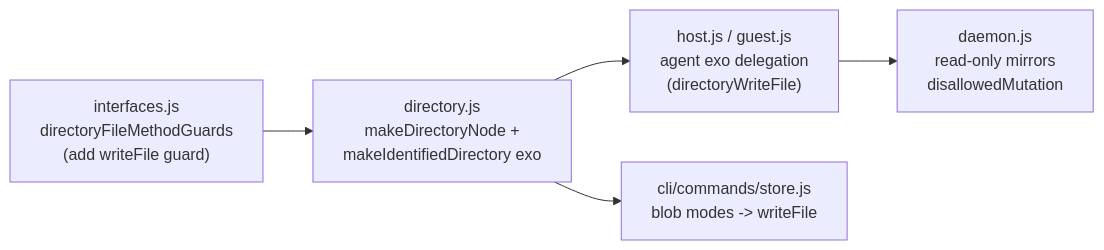
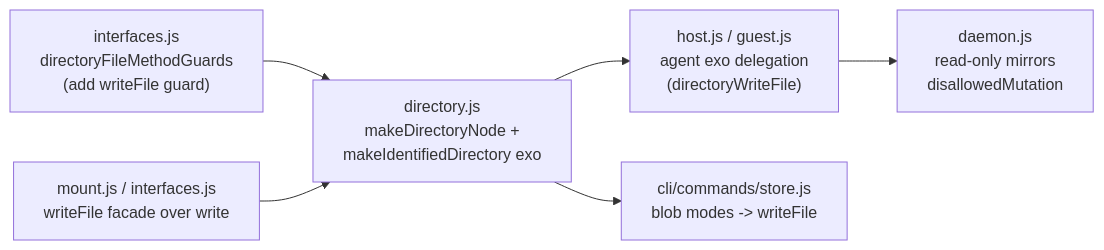
Before and after one commit to endojs/endo: the diagram in designs/store-write-file.md, drawn with Mermaid. The commit also changed other lines of this file, not shown here.

Commit message:
design: make store writeFile tail dispatch uniform

````diff
--- a/designs/store-write-file.md
+++ b/designs/store-write-file.md
@@ -139,10 +158,12 @@
 ```mermaid
 flowchart LR
   guard["interfaces.js<br/>directoryFileMethodGuards<br/>(add writeFile guard)"]
   dir["directory.js<br/>makeDirectoryNode +<br/>makeIdentifiedDirectory exo"]
+  mount["mount.js / interfaces.js<br/>writeFile facade over write"]
   agent["host.js / guest.js<br/>agent exo delegation<br/>(directoryWriteFile)"]
   ro["daemon.js<br/>read-only mirrors<br/>disallowedMutation"]
   cli["cli/commands/store.js<br/>blob modes -> writeFile"]
   guard --> dir --> agent --> ro
+  mount --> dir
   dir --> cli
 ```
````
